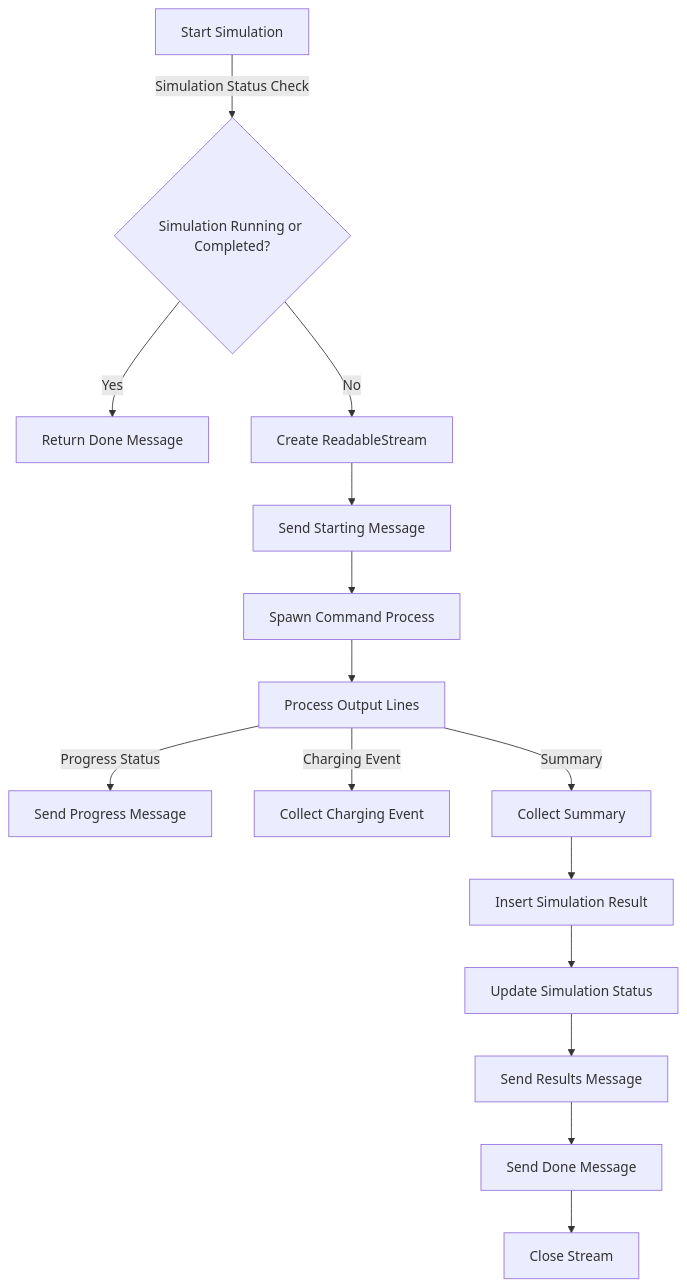
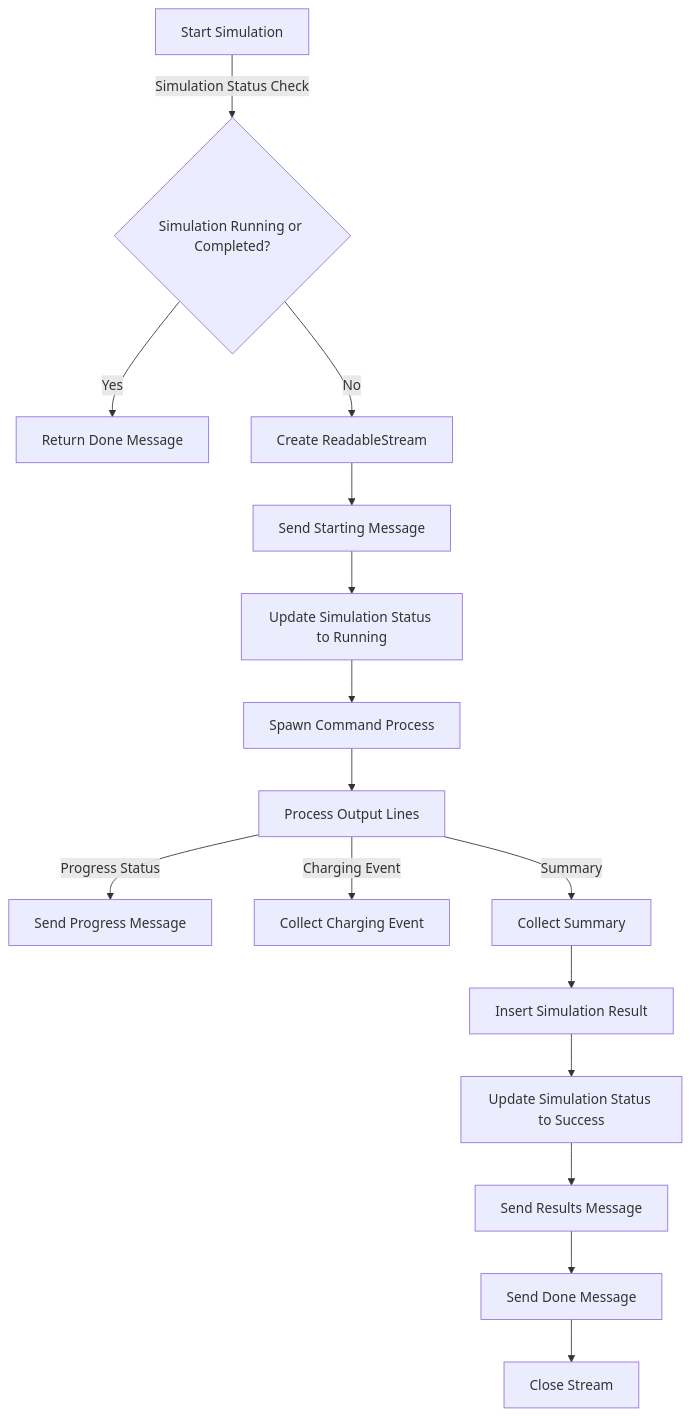
The diagram in README.md (sjdonado/remix-sse-spawn-gcc-simulation), drawn with Mermaid before and after one commit. The commit also changed other lines of this file, not shown here.

````diff
--- a/README.md
+++ b/README.md
@@ -6,17 +8,18 @@
 ```mermaid
-graph TD
-    A[Start Simulation] -->|Simulation Status Check| B{Simulation Running or Completed?}
-    B -->|Yes| C[Return Done Message]
-    B -->|No| D[Create ReadableStream]
-    D --> E[Send Starting Message]
-    E --> F[Spawn Command Process]
-    F --> G[Process Output Lines]
-    G -->|Progress Status| H[Send Progress Message]
-    G -->|Charging Event| I[Collect Charging Event]
-    G -->|Summary| J[Collect Summary]
-    J --> K[Insert Simulation Result]
-    K --> L[Update Simulation Status]
-    L --> M[Send Results Message]
-    M --> N[Send Done Message]
-    N --> O[Close Stream]
+  graph TD
+  A[Start Simulation] -->|Simulation Status Check| B{Simulation Running or Completed?}
+  B -->|Yes| C[Return Done Message]
+  B -->|No| D[Create ReadableStream]
+  D --> E[Send Starting Message]
+  E --> EA[Update Simulation Status to Running]
+  EA --> F[Spawn Command Process]
+  F --> G[Process Output Lines]
+  G -->|Progress Status| H[Send Progress Message]
+  G -->|Charging Event| I[Collect Charging Event]
+  G -->|Summary| J[Collect Summary]
+  J --> K[Insert Simulation Result]
+  K --> L[Update Simulation Status to Success]
+  L --> M[Send Results Message]
+  M --> N[Send Done Message]
+  N --> O[Close Stream]
 ```
````
